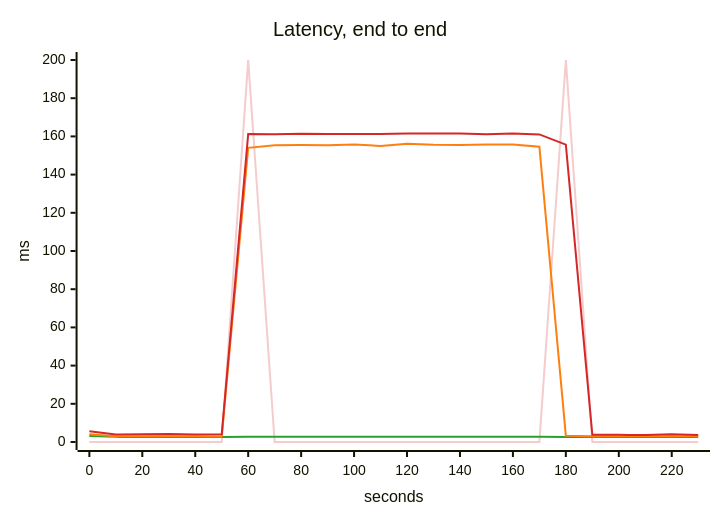
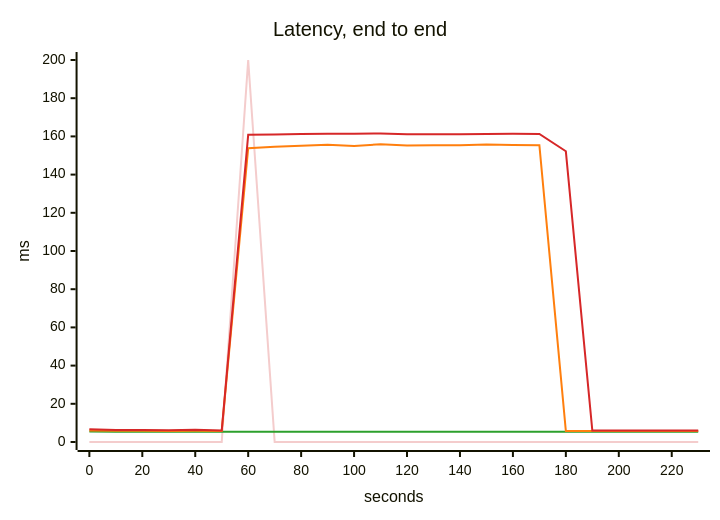
Before and after one commit to akinfemi/load-lore: the third of 5 diagrams in scenarios/flaky-network/solutions/one-retry/report.md, drawn with Mermaid. The commit also changed other lines of this file and 71 other files, not shown here.

````diff
--- a/scenarios/flaky-network/solutions/one-retry/report.md
+++ b/scenarios/flaky-network/solutions/one-retry/report.md
@@ -55,17 +55,17 @@
 ```mermaid
 ---
 config:
   themeVariables:
     xyChart:
       backgroundColor: "transparent"
       plotColorPalette: "#f4cccc, #2ca02c, #ff7f0e, #d62728"
 ---
 xychart-beta
     title "Latency, end to end"
     x-axis "seconds" 0 --> 230
     y-axis "ms" 0 --> 200
-    line [0, 0, 0, 0, 0, 0, 200, 0, 0, 0, 0, 0, 0, 0, 0, 0, 0, 0, 200, 0, 0, 0, 0, 0]
-    line [3.137, 2.684, 2.672, 2.663, 2.663, 2.661, 2.686, 2.694, 2.693, 2.695, 2.695, 2.695, 2.699, 2.691, 2.695, 2.696, 2.694, 2.691, 2.671, 2.666, 2.664, 2.662, 2.661, 2.664]
-    line [4.093, 3.029, 2.986, 2.962, 2.955, 2.944, 154.035, 155.378, 155.486, 155.38, 155.722, 155.007, 156.129, 155.604, 155.474, 155.816, 155.705, 154.601, 3.226, 2.979, 2.968, 2.963, 2.986, 2.972]
-    line [5.603, 3.896, 4.026, 4.202, 3.972, 3.995, 161.205, 161.103, 161.373, 161.314, 161.272, 161.221, 161.484, 161.559, 161.548, 161.169, 161.566, 161.033, 155.669, 3.747, 3.741, 3.663, 4.088, 3.728]
+    line [0, 0, 0, 0, 0, 0, 200, 0, 0, 0, 0, 0, 0, 0, 0, 0, 0, 0, 0, 0, 0, 0, 0, 0]
+    line [5.543, 5.358, 5.332, 5.319, 5.323, 5.32, 5.348, 5.345, 5.351, 5.348, 5.345, 5.352, 5.345, 5.343, 5.344, 5.349, 5.341, 5.346, 5.313, 5.316, 5.316, 5.316, 5.319, 5.316]
+    line [6.009, 5.936, 5.883, 5.805, 5.832, 5.8, 153.797, 154.597, 155.08, 155.67, 155.004, 155.874, 155.297, 155.368, 155.404, 155.703, 155.448, 155.383, 5.75, 5.733, 5.739, 5.742, 5.777, 5.747]
+    line [6.673, 6.255, 6.302, 6.214, 6.381, 6.029, 160.816, 161.036, 161.275, 161.35, 161.363, 161.538, 161.172, 161.063, 161.105, 161.31, 161.414, 161.315, 152.207, 5.971, 5.98, 5.974, 5.98, 5.985]
 ```
````
